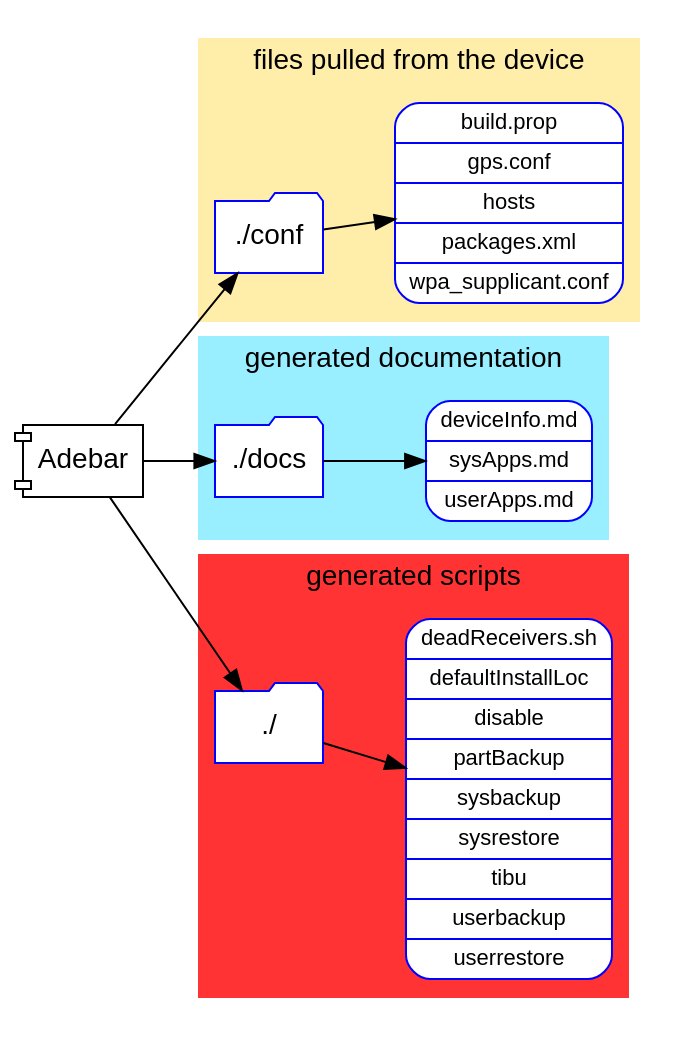
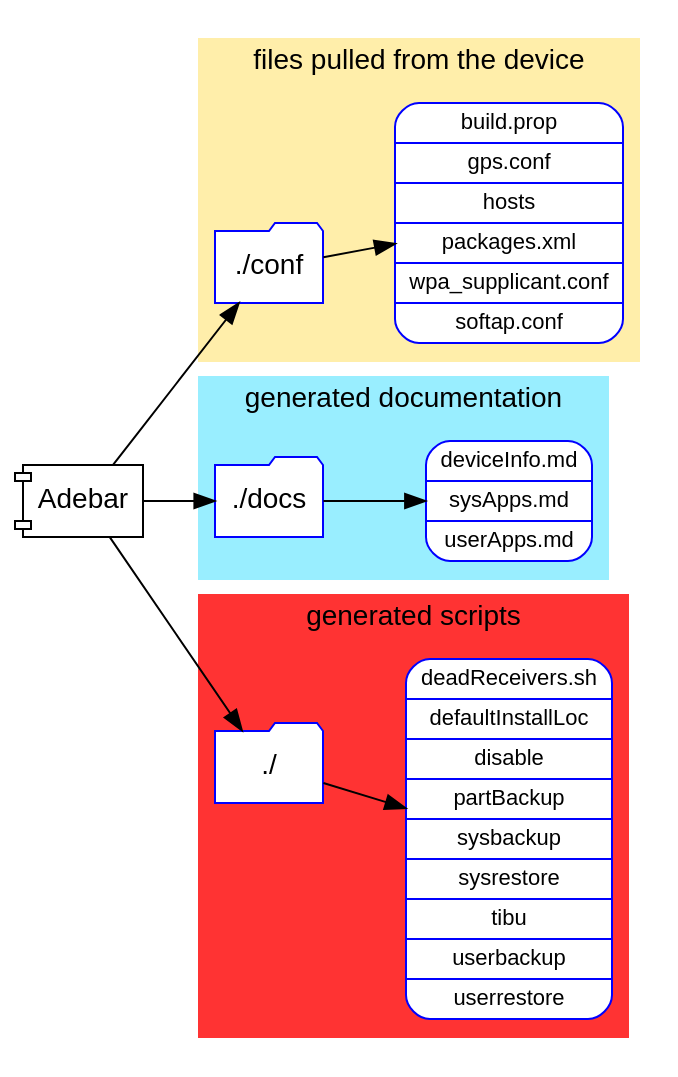
The diagram in doc/AdebarFiles.gv (IzzySoft/Adebar), drawn with Graphviz before and after one commit. The commit also changed 1 other file, not shown here.

Commit message:
including /data/misc/wifi/softap.conf in config pull
- this file holds the SSID and password of your portable Wi-Fi hotspot

```diff
--- a/doc/AdebarFiles.gv
+++ b/doc/AdebarFiles.gv
@@ -1,49 +1,49 @@
 digraph AdebarFiles {
 /* Files generated by Adebar. Graphviz data file. */
 
   fontname = Arial;
   node [ fontname = Arial ];
   rankdir = LR;
 
   subgraph cluster_conf {
     rankdir = LR;
     style = filled;
     color = "#ffeeaa";
     node [ style=filled, color=blue, fillcolor=white ];
     label = "files pulled from the device";
 
     conf [ shape = folder, label = "./conf" ];
-    conffiles [ shape = Mrecord, fontsize = 11, label = "build.prop|gps.conf|hosts|packages.xml|wpa_supplicant.conf" ];
+    conffiles [ shape = Mrecord, fontsize = 11, label = "build.prop|gps.conf|hosts|packages.xml|wpa_supplicant.conf|softap.conf" ];
     conf -> conffiles;
   }
 
   subgraph cluster_doc {
     rankdir = LR;
     style = filled;
     color = "#99eeff";
     node [ style=filled, color=blue, fillcolor=white ];
     label = "generated documentation"
 
     docs [ shape = folder, label = "./docs" ];
     docfiles [ shape = Mrecord, fontsize = 11, label = "deviceInfo.md|sysApps.md|userApps.md" ];
     docs -> docfiles;
   }
 
   subgraph cluster_scripts {
     rankdir = LR;
     style = filled;
     color = "#ff3333";
     node [ style=filled, color=blue, fillcolor=white ];
     label = "generated scripts";
 
     scripts [ shape = folder, label = "./" ];
     scriptfiles [ shape= Mrecord, fontsize = 11, label = "deadReceivers.sh|defaultInstallLoc|disable|partBackup|sysbackup|sysrestore|tibu|userbackup|userrestore" ];
     scripts -> scriptfiles;
   }
 
   Adebar [ shape = component ];
   Adebar -> conf;
   Adebar -> docs;
   Adebar -> scripts;
 
 }
```
